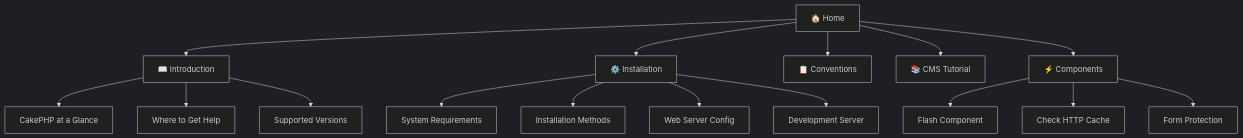
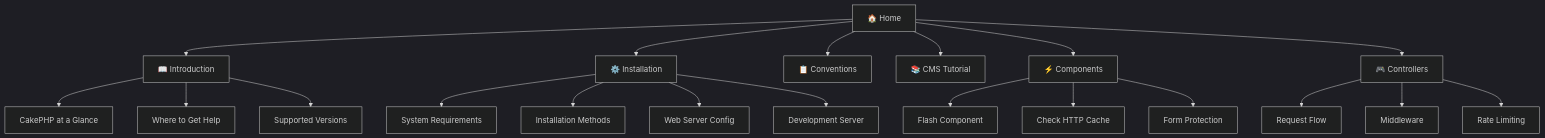
One commit to abhayraj-ops/Cake-Learn changed the first of 2 diagrams in docs/index.md. Above: the diagram before and after it, drawn with Mermaid (dark theme). The commit also changed other lines of this file and 6 other files, not shown here.

````diff
--- a/docs/index.md
+++ b/docs/index.md
@@ -19,21 +19,26 @@
 ```mermaid
 graph TB
     A[🏠 Home] --> B[📖 Introduction]
     A --> C[⚙️ Installation]
     A --> D[📋 Conventions]
     A --> E[📚 CMS Tutorial]
     A --> F[⚡ Components]
+    A --> G[🎮 Controllers]
 
     B --> B1[CakePHP at a Glance]
     B --> B2[Where to Get Help]
     B --> B3[Supported Versions]
 
     C --> C1[System Requirements]
     C --> C2[Installation Methods]
     C --> C3[Web Server Config]
     C --> C4[Development Server]
 
     F --> F1[Flash Component]
     F --> F2[Check HTTP Cache]
     F --> F3[Form Protection]
+
+    G --> G1[Request Flow]
+    G --> G2[Middleware]
+    G --> G3[Rate Limiting]
 ```
````
